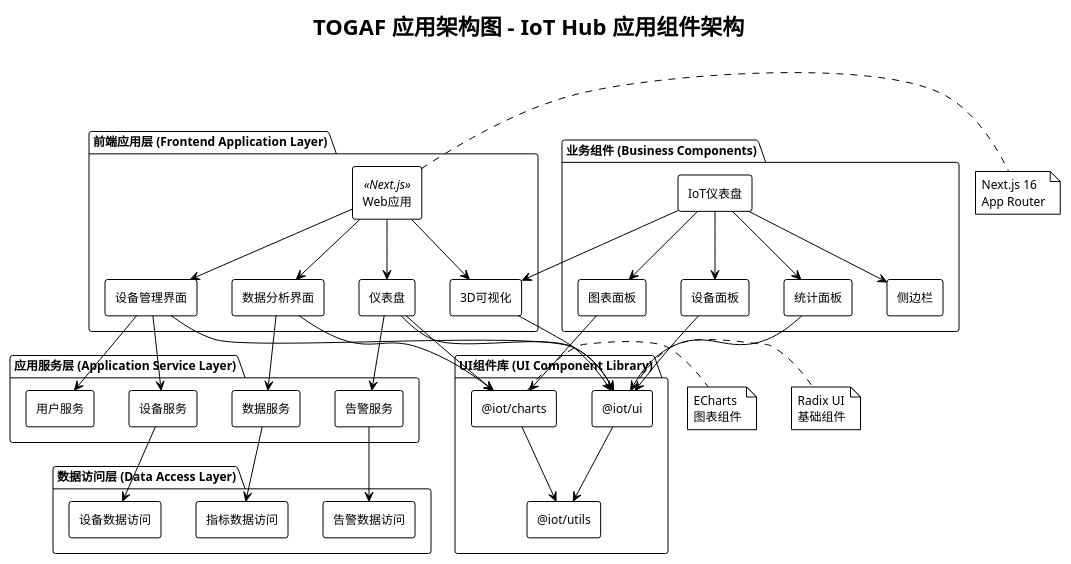
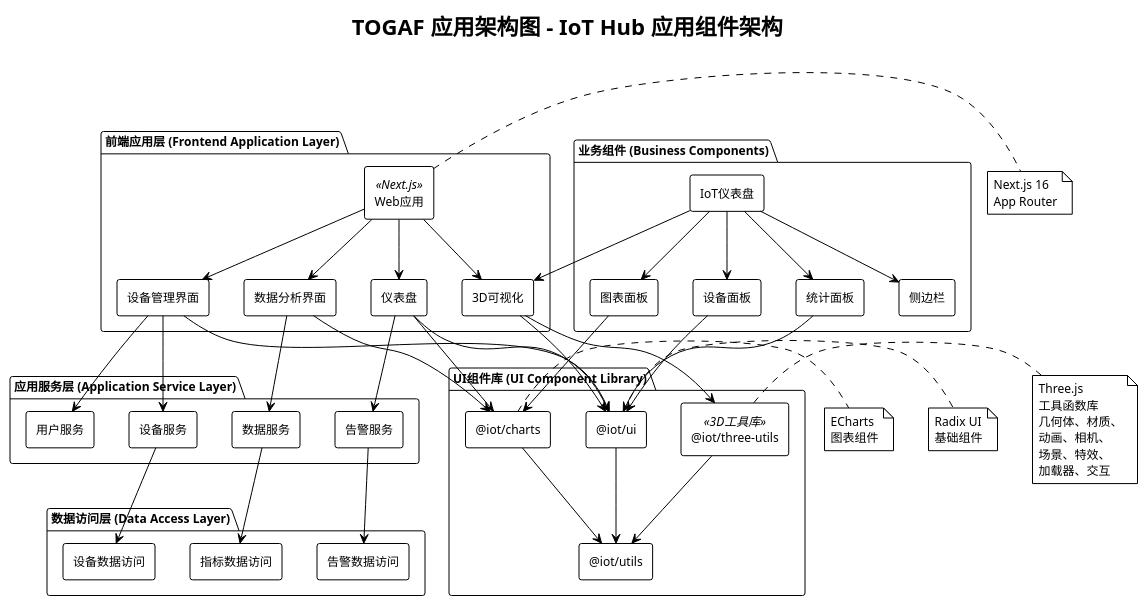
The diagram in docs/togaf/application-architecture.puml (felixzhu97/IoT-project), drawn with PlantUML before and after one commit. The commit also changed 4 other files, not shown here.

Commit message:
docs: Update README and architecture diagrams to include @iot/three-utils package and its functionalities, enhancing clarity on 3D tools integration

```diff
--- a/docs/togaf/application-architecture.puml
+++ b/docs/togaf/application-architecture.puml
@@ -1,98 +1,110 @@
 @startuml TOGAF_Application_Architecture
 !theme plain
 skinparam componentStyle rectangle
 skinparam backgroundColor #FFFFFF
 skinparam defaultFontSize 12
 
 title TOGAF 应用架构图 - IoT Hub 应用组件架构
 
 package "前端应用层 (Frontend Application Layer)" {
   [Web应用] as WebApp <<Next.js>>
   [仪表盘] as Dashboard
   [设备管理界面] as DeviceManagementUI
   [数据分析界面] as DataAnalysisUI
   [3D可视化] as Scene3D
 }
 
 package "UI组件库 (UI Component Library)" {
   [@iot/ui] as UIComponents
   [@iot/charts] as ChartComponents
   [@iot/utils] as Utils
+  [@iot/three-utils] as ThreeUtils <<3D工具库>>
 }
 
 package "业务组件 (Business Components)" {
   [IoT仪表盘] as IoTDashboard
   [设备面板] as DevicePanel
   [图表面板] as ChartsPanel
   [统计面板] as StatsPanel
   [侧边栏] as Sidebar
 }
 
 package "应用服务层 (Application Service Layer)" {
   [设备服务] as DeviceService
   [数据服务] as DataService
   [告警服务] as AlertService
   [用户服务] as UserService
 }
 
 package "数据访问层 (Data Access Layer)" {
   [设备数据访问] as DeviceDataAccess
   [指标数据访问] as MetricsDataAccess
   [告警数据访问] as AlertDataAccess
 }
 
 ' 前端应用层关系
 WebApp --> Dashboard
 WebApp --> DeviceManagementUI
 WebApp --> DataAnalysisUI
 WebApp --> Scene3D
 
 ' UI组件库关系
 Dashboard --> UIComponents
 Dashboard --> ChartComponents
 DeviceManagementUI --> UIComponents
 DataAnalysisUI --> ChartComponents
 Scene3D --> UIComponents
+Scene3D --> ThreeUtils
 
 ' 业务组件关系
 IoTDashboard --> DevicePanel
 IoTDashboard --> ChartsPanel
 IoTDashboard --> StatsPanel
 IoTDashboard --> Sidebar
 IoTDashboard --> Scene3D
 
 ChartsPanel --> ChartComponents
 DevicePanel --> UIComponents
 StatsPanel --> UIComponents
 
 ' 应用服务层关系
 DeviceManagementUI --> DeviceService
 DataAnalysisUI --> DataService
 Dashboard --> AlertService
 DeviceManagementUI --> UserService
 
 ' 数据访问层关系
 DeviceService --> DeviceDataAccess
 DataService --> MetricsDataAccess
 AlertService --> AlertDataAccess
 
 ' 工具库使用
 UIComponents --> Utils
 ChartComponents --> Utils
+ThreeUtils --> Utils
 
 note right of WebApp
   Next.js 16
   App Router
 end note
 
 note right of UIComponents
   Radix UI
   基础组件
 end note
 
 note right of ChartComponents
   ECharts
   图表组件
 end note
 
+note right of ThreeUtils
+  Three.js
+  工具函数库
+  几何体、材质、
+  动画、相机、
+  场景、特效、
+  加载器、交互
+end note
+
 @enduml
```
